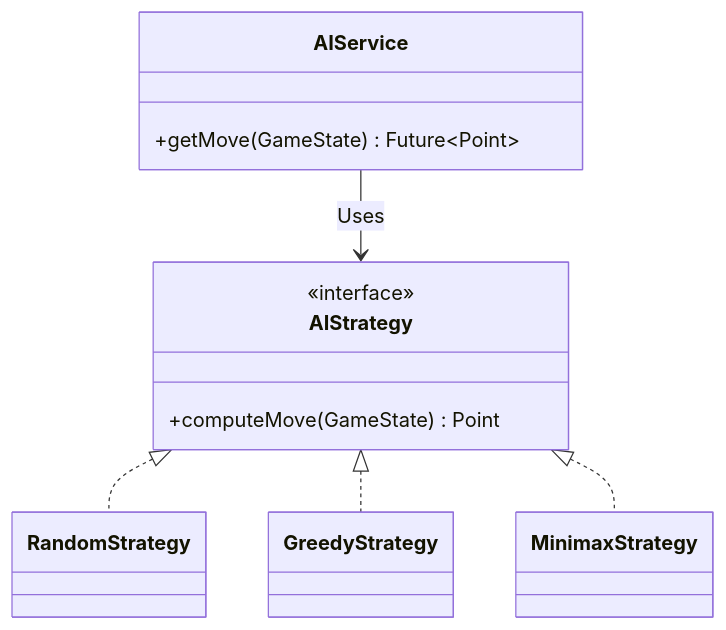
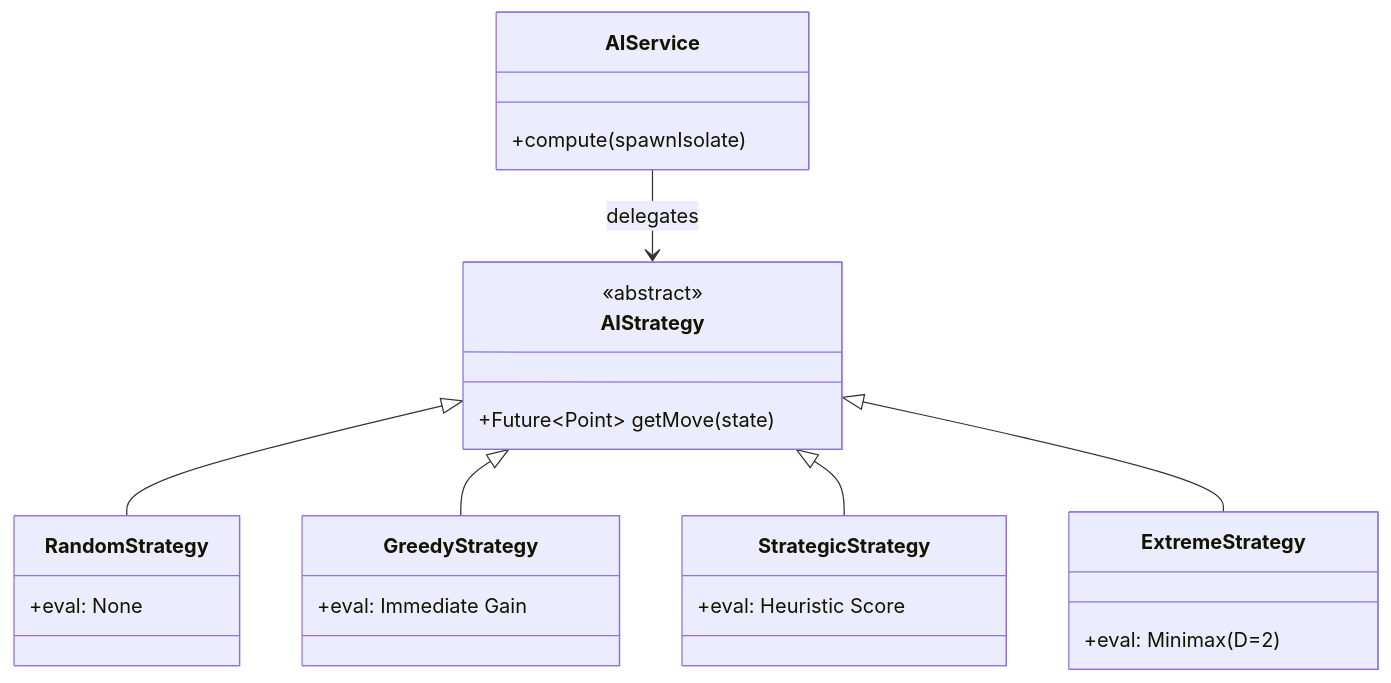
Before and after one commit to saatvik333/chain-reaction-reborn: the fourth of 7 diagrams in architecture.md, drawn with Mermaid. The commit also changed other lines of this file and 78 other files, not shown here.

````diff
--- a/architecture.md
+++ b/architecture.md
@@ -95,19 +249,28 @@
 ```mermaid
 classDiagram
-    direction TB
     class AIService {
-        +getMove(GameState) Future~Point~
+        +compute(spawnIsolate)
     }
     class AIStrategy {
-        <<interface>>
-        +computeMove(GameState) Point
+        <<abstract>>
+        +Future~Point~ getMove(state)
     }
-    class RandomStrategy
-    class GreedyStrategy
-    class MinimaxStrategy
+    class RandomStrategy {
+        +eval: None
+    }
+    class GreedyStrategy {
+        +eval: Immediate Gain
+    }
+    class StrategicStrategy {
+        +eval: Heuristic Score
+    }
+    class ExtremeStrategy {
+        +eval: Minimax (D=2)
+    }
 
-    AIService --> AIStrategy : Uses
-    AIStrategy <|.. RandomStrategy
-    AIStrategy <|.. GreedyStrategy
-    AIStrategy <|.. MinimaxStrategy
+    AIService --> AIStrategy : delegates
+    AIStrategy <|-- RandomStrategy
+    AIStrategy <|-- GreedyStrategy
+    AIStrategy <|-- StrategicStrategy
+    AIStrategy <|-- ExtremeStrategy
 ```
````
